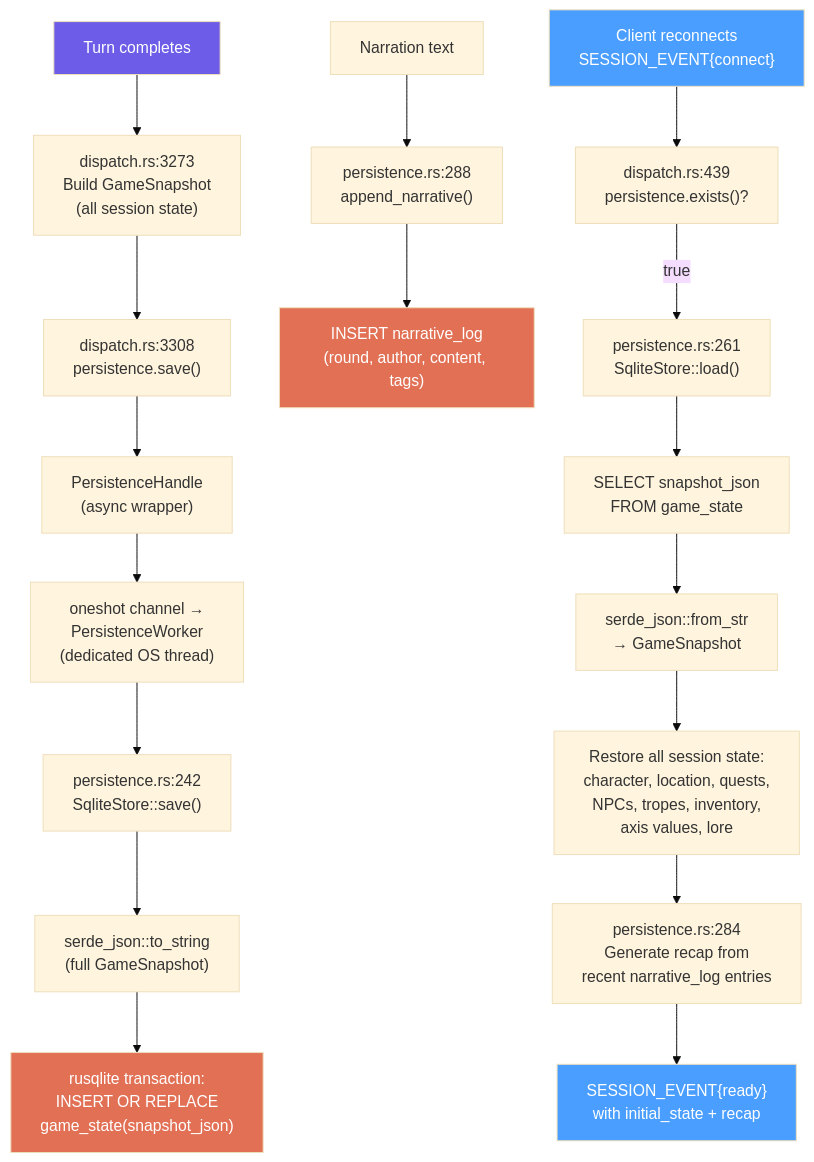
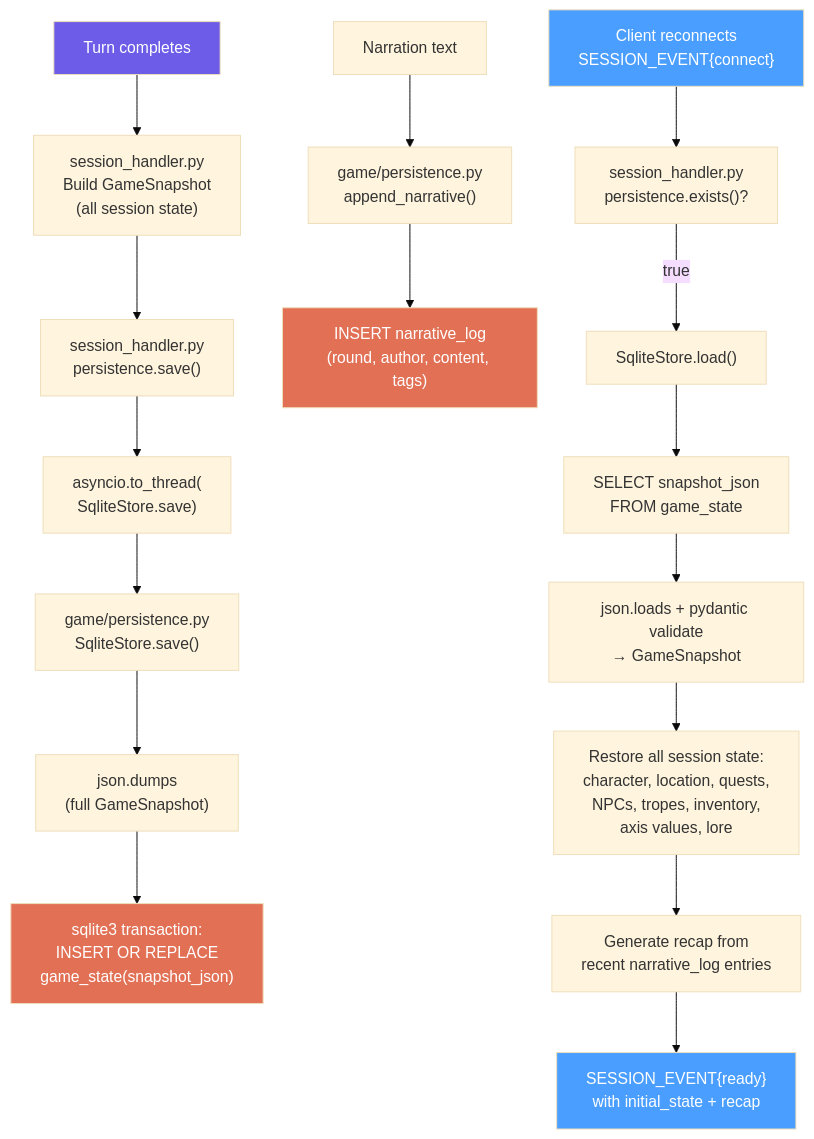
One commit to slabgorb/sidequest changed diagram 14 of 15 in docs/wiring-diagrams.md. Above: the diagram before and after it, drawn with Mermaid (base theme). The commit also changed other lines of this file and 4 other files, not shown here.

````diff
--- a/docs/wiring-diagrams.md
+++ b/docs/wiring-diagrams.md
@@ -699,28 +735,27 @@
 ```mermaid
 flowchart TD
-    A["Turn completes"] --> B["dispatch.rs:3273<br/>Build GameSnapshot<br/>(all session state)"]
-    B --> C["dispatch.rs:3308<br/>persistence.save()"]
-    C --> D["PersistenceHandle<br/>(async wrapper)"]
-    D --> E["oneshot channel →<br/>PersistenceWorker<br/>(dedicated OS thread)"]
+    A["Turn completes"] --> B["session_handler.py<br/>Build GameSnapshot<br/>(all session state)"]
+    B --> C["session_handler.py<br/>persistence.save()"]
+    C --> D["asyncio.to_thread(<br/>SqliteStore.save)"]
 
-    E --> F["persistence.rs:242<br/>SqliteStore::save()"]
-    F --> G["serde_json::to_string<br/>(full GameSnapshot)"]
-    G --> H["rusqlite transaction:<br/>INSERT OR REPLACE<br/>game_state(snapshot_json)"]
+    D --> E["game/persistence.py<br/>SqliteStore.save()"]
+    E --> F["json.dumps<br/>(full GameSnapshot)"]
+    F --> G["sqlite3 transaction:<br/>INSERT OR REPLACE<br/>game_state(snapshot_json)"]
 
-    I["Narration text"] --> J["persistence.rs:288<br/>append_narrative()"]
-    J --> K["INSERT narrative_log<br/>(round, author, content, tags)"]
+    H["Narration text"] --> I["game/persistence.py<br/>append_narrative()"]
+    I --> J["INSERT narrative_log<br/>(round, author, content, tags)"]
 
-    L["Client reconnects<br/>SESSION_EVENT{connect}"] --> M["dispatch.rs:439<br/>persistence.exists()?"]
-    M -->|"true"| N["persistence.rs:261<br/>SqliteStore::load()"]
-    N --> O["SELECT snapshot_json<br/>FROM game_state"]
-    O --> P["serde_json::from_str<br/>→ GameSnapshot"]
-    P --> Q["Restore all session state:<br/>character, location, quests,<br/>NPCs, tropes, inventory,<br/>axis values, lore"]
-    Q --> R["persistence.rs:284<br/>Generate recap from<br/>recent narrative_log entries"]
-    R --> S["SESSION_EVENT{ready}<br/>with initial_state + recap"]
+    K["Client reconnects<br/>SESSION_EVENT{connect}"] --> L["session_handler.py<br/>persistence.exists()?"]
+    L -->|"true"| M["SqliteStore.load()"]
+    M --> N["SELECT snapshot_json<br/>FROM game_state"]
+    N --> O["json.loads + pydantic validate<br/>→ GameSnapshot"]
+    O --> P["Restore all session state:<br/>character, location, quests,<br/>NPCs, tropes, inventory,<br/>axis values, lore"]
+    P --> Q["Generate recap from<br/>recent narrative_log entries"]
+    Q --> R["SESSION_EVENT{ready}<br/>with initial_state + recap"]
 
     style A fill:#6c5ce7,color:#fff
-    style L fill:#4a9eff,color:#fff
-    style S fill:#4a9eff,color:#fff
-    style H fill:#e17055,color:#fff
-    style K fill:#e17055,color:#fff
+    style K fill:#4a9eff,color:#fff
+    style R fill:#4a9eff,color:#fff
+    style G fill:#e17055,color:#fff
+    style J fill:#e17055,color:#fff
 ```
````
